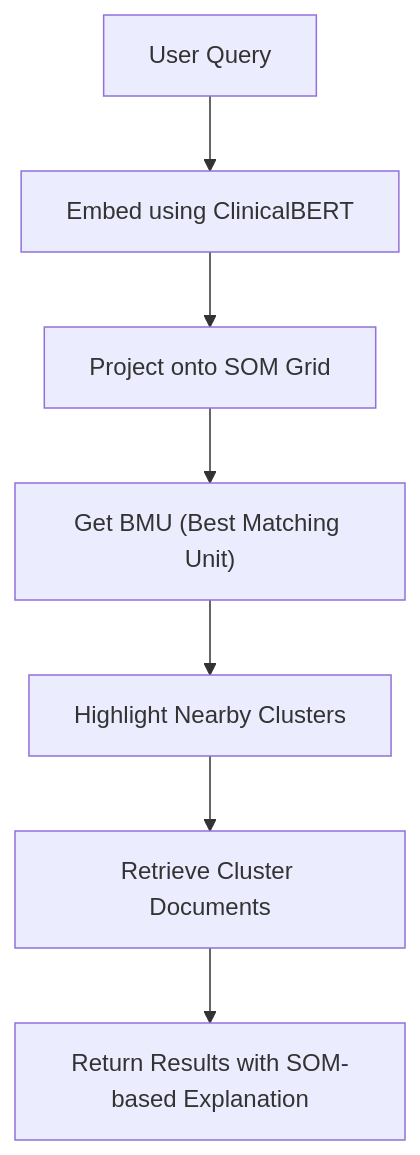
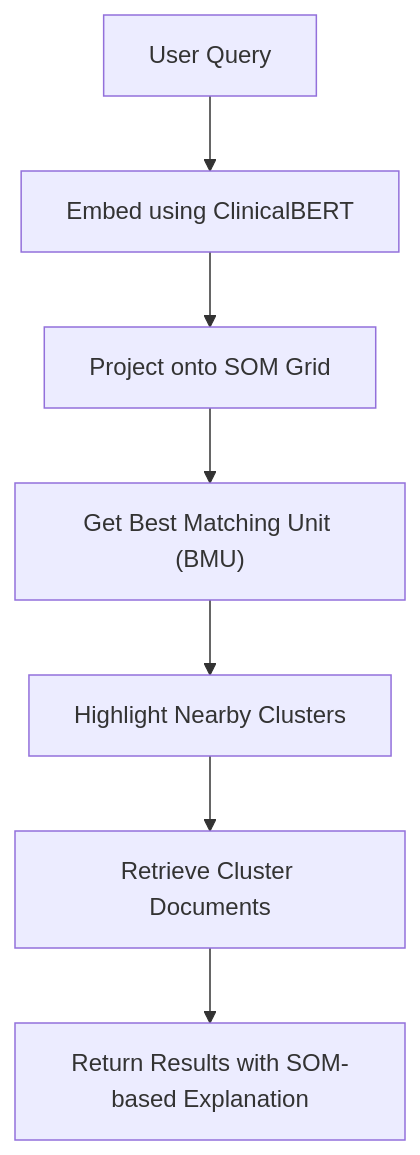
One commit to satyaki-mitra/MediMap-XAI changed the first of 4 diagrams in README.md. Above: the diagram before and after it, drawn with Mermaid.

````diff
--- a/README.md
+++ b/README.md
@@ -129,9 +129,9 @@
 ```mermaid
   graph TD
     A[User Query] --> B[Embed using ClinicalBERT]
     B --> C[Project onto SOM Grid]
-    C --> D["Get BMU (Best Matching Unit)"]
+    C --> D["Get Best Matching Unit (BMU)"]
     D --> E[Highlight Nearby Clusters]
     E --> F[Retrieve Cluster Documents]
     F --> G[Return Results with SOM-based Explanation]
 ```
````
